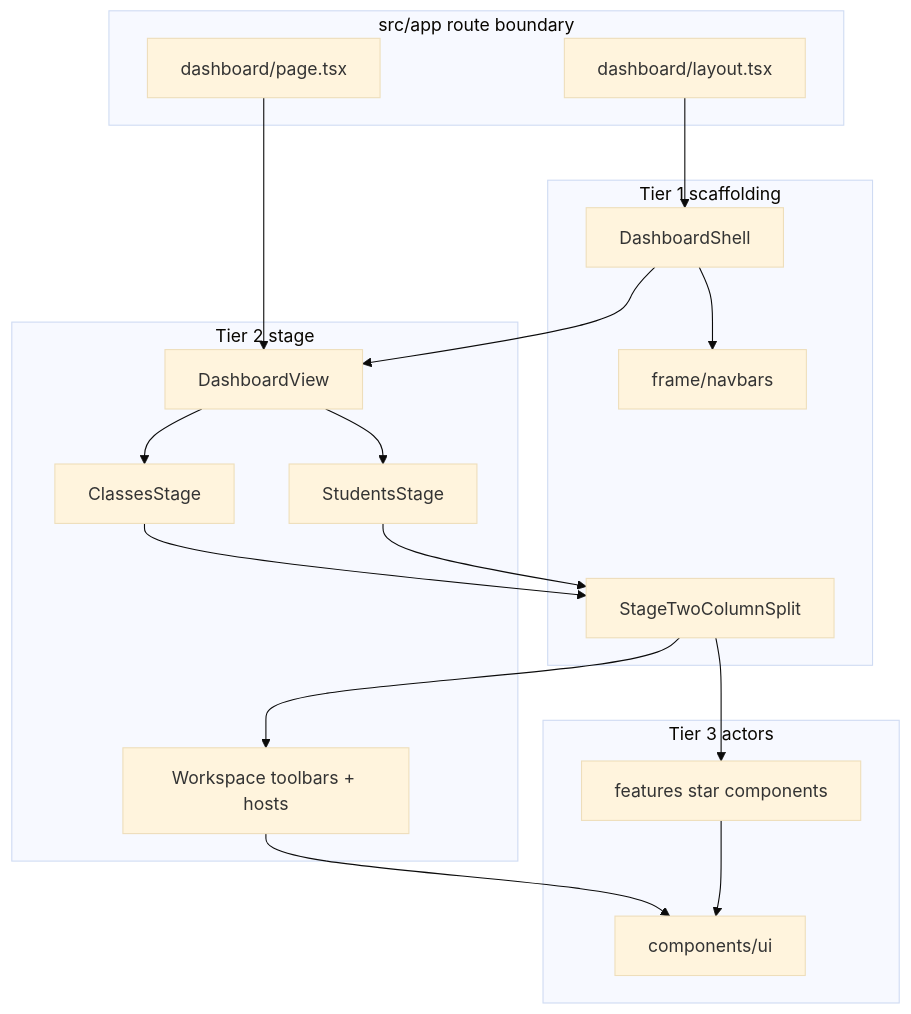
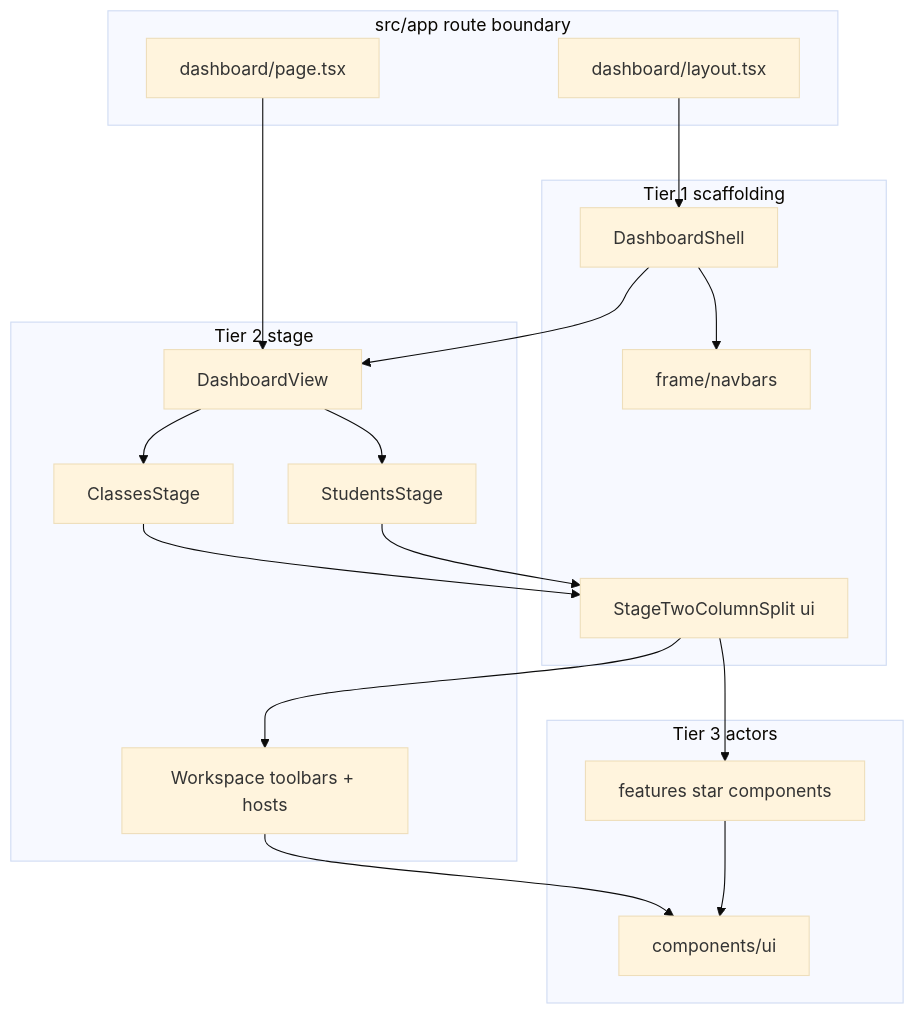
One commit to kisdreamteam/KIS-Points-V2-Live changed the diagram in docs/visual-layer-map.md. Above: the diagram before and after it, drawn with Mermaid (base theme). The commit also changed other lines of this file and 17 other files, not shown here.

````diff
--- a/docs/visual-layer-map.md
+++ b/docs/visual-layer-map.md
@@ -32,34 +32,34 @@
 ```mermaid
 flowchart TD
   subgraph routes [src/app route boundary]
     DL[dashboard/layout.tsx]
     DP[dashboard/page.tsx]
   end
   subgraph t1 [Tier 1 scaffolding]
     DS[DashboardShell]
     FN[frame/navbars]
-    W2[StageTwoColumnSplit]
+    W2[StageTwoColumnSplit ui]
   end
   subgraph t2 [Tier 2 stage]
     DV[DashboardView]
     CW[ClassesStage]
     SW[StudentsStage]
     TB[Workspace toolbars + hosts]
   end
   subgraph t3 [Tier 3 actors]
     UI[components/ui]
     FC[features star components]
   end
   DL --> DS
   DP --> DV
   DS --> FN
   DS --> DV
   DV --> CW
   DV --> SW
   CW --> W2
   SW --> W2
   W2 --> TB
   W2 --> FC
   TB --> UI
   FC --> UI
 ```
````
